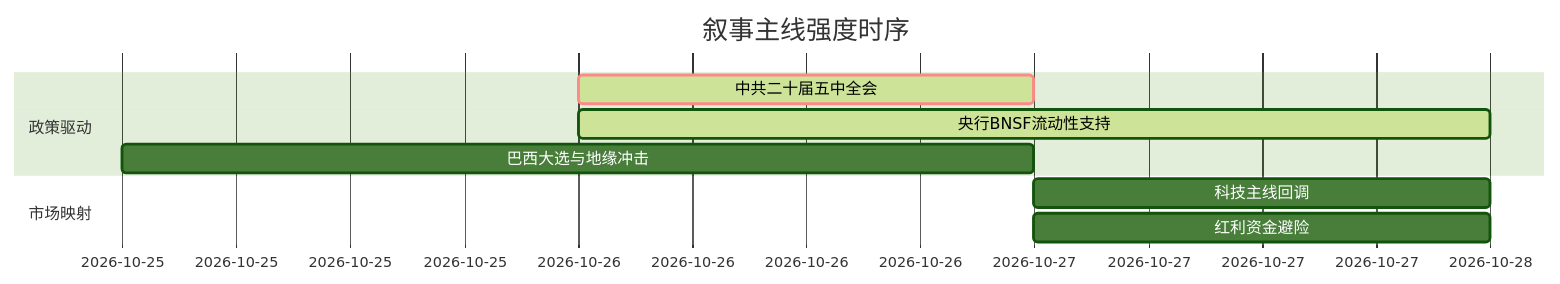
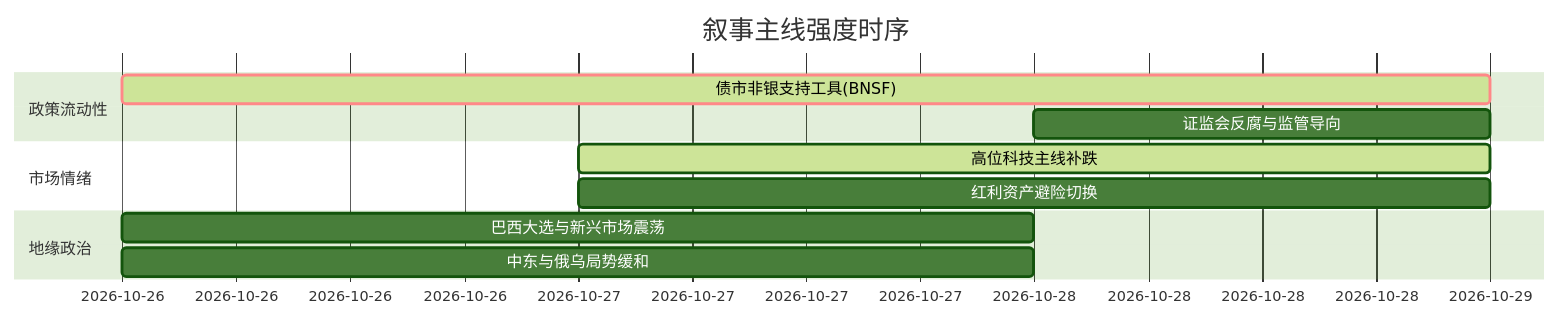
One commit to uu5zn/uu5zn.github.io changed the diagram in 5day_report.md. Above: the diagram before and after it, drawn with Mermaid (forest theme). The commit also changed other lines of this file and 23 other files, not shown here.

````diff
--- a/5day_report.md
+++ b/5day_report.md
@@ -54,13 +62,16 @@
 ```mermaid
 gantt
     title 叙事主线强度时序
     dateFormat  YYYY-MM-DD
-    section 政策驱动
-    中共二十届五中全会   :crit, active, 2026-10-26, 1d
-    央行BNSF流动性支持   :active, 2026-10-26, 2d
-    巴西大选与地缘冲击   :2026-10-25, 2d
+    section 政策流动性
+    债市非银支持工具(BNSF)   :crit, active, 2026-10-26, 3d
+    证监会反腐与监管导向   :2026-10-28, 1d
     
-    section 市场映射
-    科技主线回调   :2026-10-27, 1d
-    红利资金避险   :2026-10-27, 1d
+    section 市场情绪
+    高位科技主线补跌   :active, 2026-10-27, 2d
+    红利资产避险切换   :2026-10-27, 2d
+    
+    section 地缘政治
+    巴西大选与新兴市场震荡   :2026-10-26, 2d
+    中东与俄乌局势缓和   :2026-10-26, 2d
 ```
````
